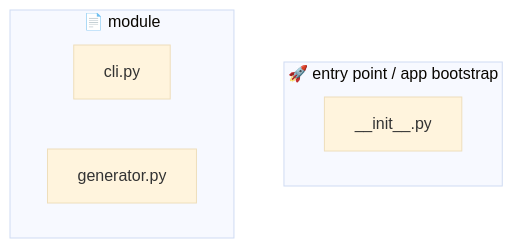
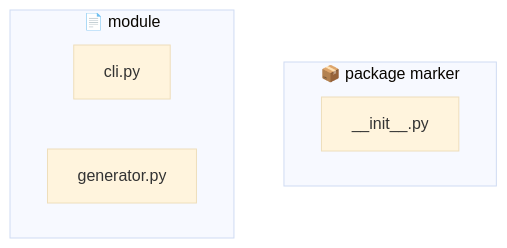
Before and after one commit to PraveenAsthana123/circuitRAG: the third of 8 diagrams in testing_agent/README.md, drawn with Mermaid (base theme). The commit also changed other lines of this file and 23 other files, not shown here.

````diff
--- a/testing_agent/README.md
+++ b/testing_agent/README.md
@@ -117,10 +133,10 @@
 ```mermaid
 flowchart TB
-    subgraph __entry_point___app_bootstrap["🚀 entry point / app bootstrap"]
+    subgraph __package_marker["📦 package marker"]
         __init___py["__init__.py"]
     end
     subgraph __module["📄 module"]
         cli_py["cli.py"]
         generator_py["generator.py"]
     end
 ```
````
